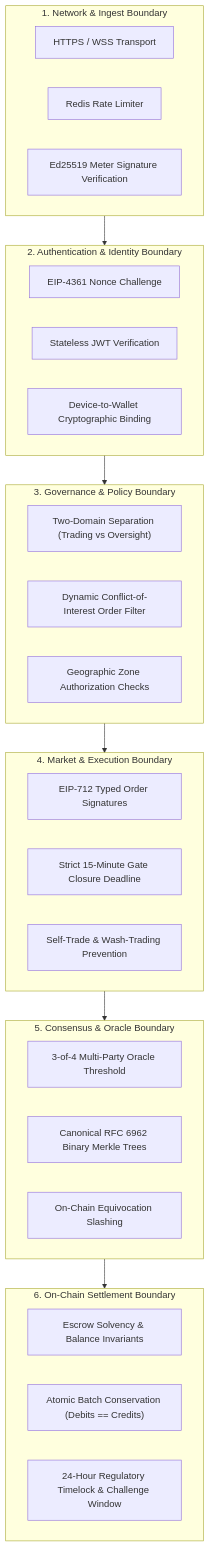
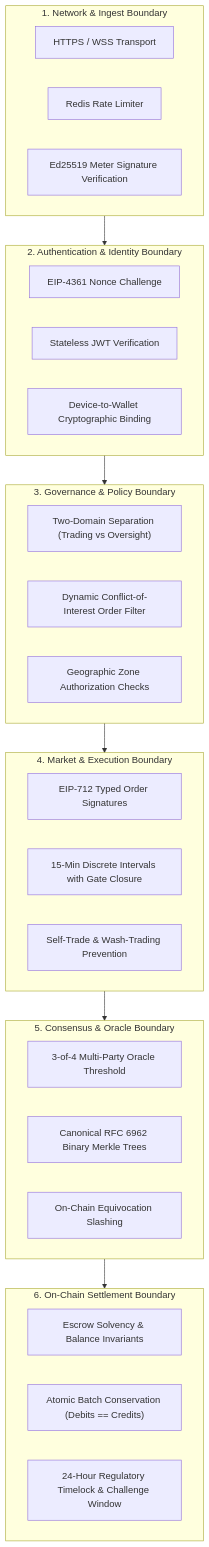
One commit to achyutranaut/voltmesh changed the tenth of 11 diagrams in README.md. Above: the diagram before and after it, drawn with Mermaid. The commit also changed other lines of this file, not shown here.

````diff
--- a/README.md
+++ b/README.md
@@ -548,44 +580,44 @@
 ```mermaid
 flowchart TD
     subgraph Boundary1["1. Network & Ingest Boundary"]
         TLS["HTTPS / WSS Transport"]
         RATE["Redis Rate Limiter"]
         ED25519["Ed25519 Meter Signature Verification"]
     end
 
     subgraph Boundary2["2. Authentication & Identity Boundary"]
         SIWE_VERIFY["EIP-4361 Nonce Challenge"]
         JWT_GUARD["Stateless JWT Verification"]
         DEV_MAP["Device-to-Wallet Cryptographic Binding"]
     end
 
     subgraph Boundary3["3. Governance & Policy Boundary"]
         TWO_DOMAIN["Two-Domain Separation (Trading vs Oversight)"]
         COI_FILTER["Dynamic Conflict-of-Interest Order Filter"]
         JURISDICTION["Geographic Zone Authorization Checks"]
     end
 
     subgraph Boundary4["4. Market & Execution Boundary"]
         EIP712_ORDERS["EIP-712 Typed Order Signatures"]
-        GATE_CLOSURE["Strict 15-Minute Gate Closure Deadline"]
+        GATE_CLOSURE["15-Min Discrete Intervals with Gate Closure"]
         ANTI_WASH["Self-Trade & Wash-Trading Prevention"]
     end
 
     subgraph Boundary5["5. Consensus & Oracle Boundary"]
         BFT_QUORUM["3-of-4 Multi-Party Oracle Threshold"]
         MERKLE_TREE["Canonical RFC 6962 Binary Merkle Trees"]
         ANTI_EQUIV["On-Chain Equivocation Slashing"]
     end
 
     subgraph Boundary6["6. On-Chain Settlement Boundary"]
         ESCROW_INV["Escrow Solvency & Balance Invariants"]
         ATOMIC_BATCH["Atomic Batch Conservation (Debits == Credits)"]
         TIMELOCK["24-Hour Regulatory Timelock & Challenge Window"]
     end
 
     Boundary1 --> Boundary2
     Boundary2 --> Boundary3
     Boundary3 --> Boundary4
     Boundary4 --> Boundary5
     Boundary5 --> Boundary6
 ```
````
